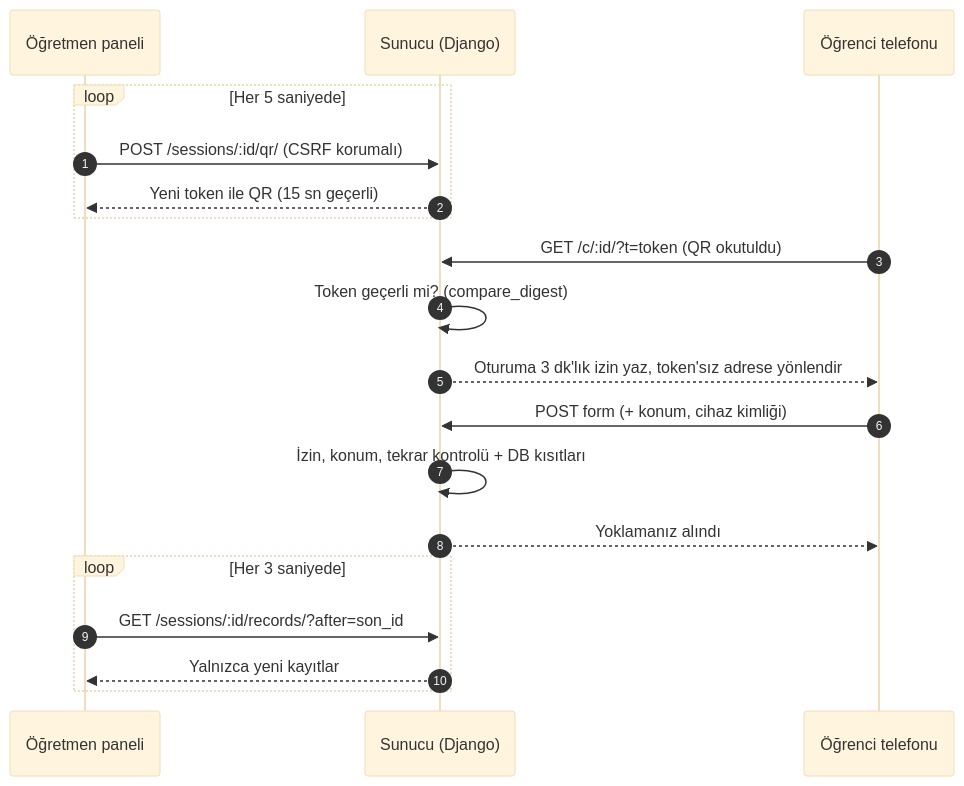
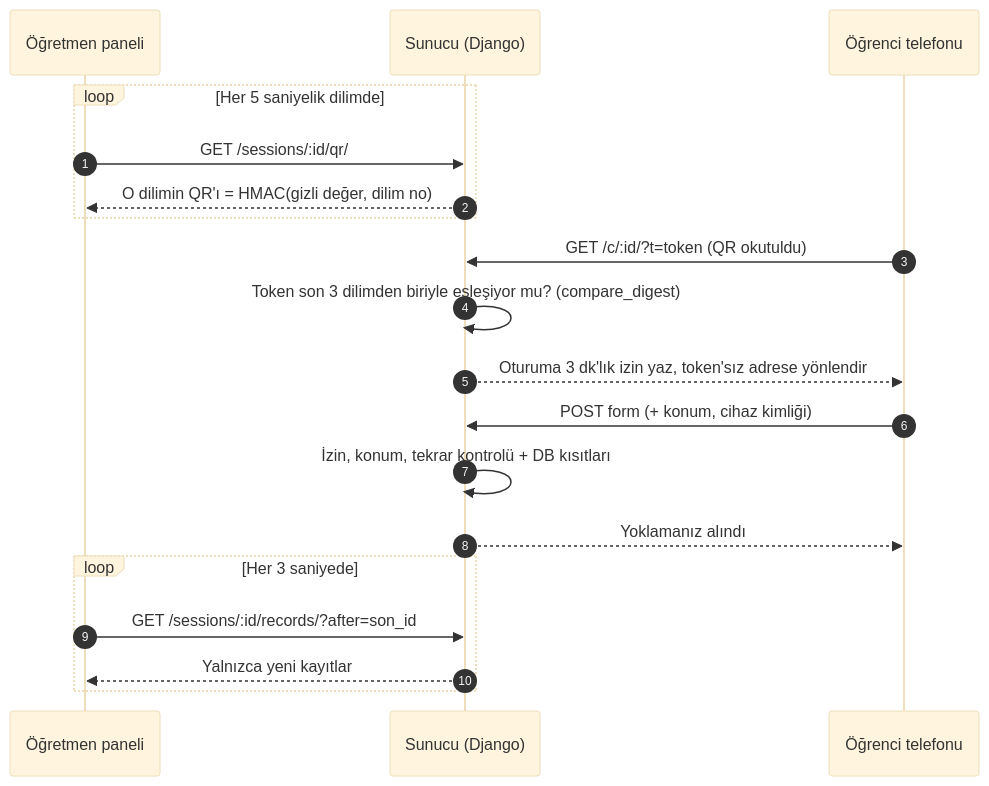
The diagram in README.md (melisayalcinkaya/qr_yoklama), drawn with Mermaid (base theme) before and after one commit. The commit also changed other lines of this file and 9 other files, not shown here.

````diff
--- a/README.md
+++ b/README.md
@@ -67,22 +67,22 @@
 ```mermaid
 sequenceDiagram
     autonumber
     participant Ö as Öğretmen paneli
     participant S as Sunucu (Django)
     participant T as Öğrenci telefonu
 
-    loop Her 5 saniyede
-        Ö->>S: POST /sessions/:id/qr/ (CSRF korumalı)
-        S-->>Ö: Yeni token ile QR (15 sn geçerli)
+    loop Her 5 saniyelik dilimde
+        Ö->>S: GET /sessions/:id/qr/
+        S-->>Ö: O dilimin QR'ı = HMAC(gizli değer, dilim no)
     end
     T->>S: GET /c/:id/?t=token  (QR okutuldu)
-    S->>S: Token geçerli mi? (compare_digest)
+    S->>S: Token son 3 dilimden biriyle eşleşiyor mu? (compare_digest)
     S-->>T: Oturuma 3 dk'lık izin yaz, token'sız adrese yönlendir
     T->>S: POST form (+ konum, cihaz kimliği)
     S->>S: İzin, konum, tekrar kontrolü + DB kısıtları
     S-->>T: Yoklamanız alındı
     loop Her 3 saniyede
         Ö->>S: GET /sessions/:id/records/?after=son_id
         S-->>Ö: Yalnızca yeni kayıtlar
     end
 ```
````
